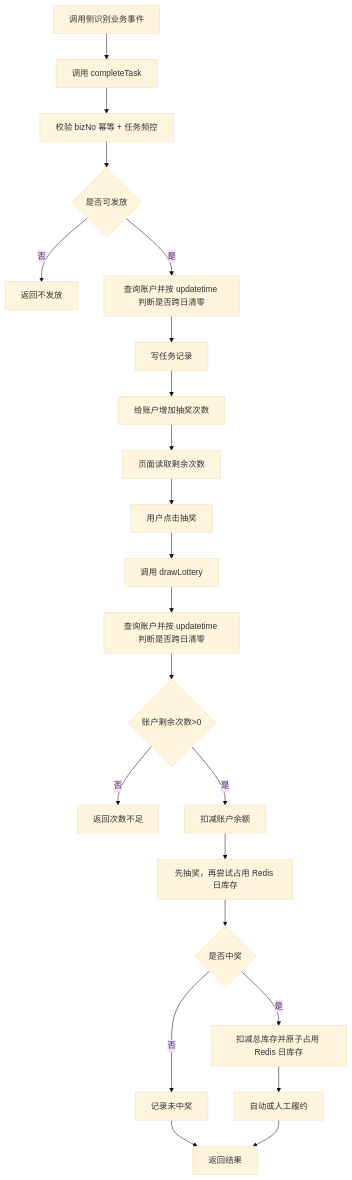
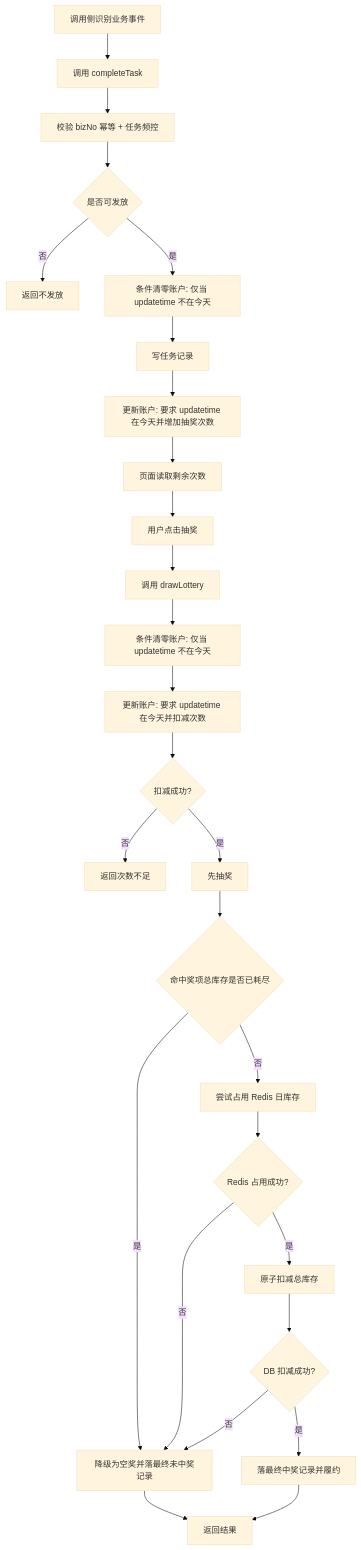
One commit to yikolemon/mgm-test changed the third of 4 diagrams in 世界杯技术文档.md. Above: the diagram before and after it, drawn with Mermaid (base theme). The commit also changed other lines of this file, not shown here.

````diff
--- a/世界杯技术文档.md
+++ b/世界杯技术文档.md
@@ -280,24 +288,29 @@
 ```mermaid
 flowchart TD
   A[调用侧识别业务事件] --> B[调用 completeTask]
   B --> C[校验 bizNo 幂等 + 任务频控]
   C --> D{是否可发放}
   D -- 否 --> E[返回不发放]
-  D -- 是 --> F[查询账户并按 updatetime 判断是否跨日清零]
+  D -- 是 --> F[条件清零账户: 仅当 updatetime 不在今天]
   F --> G[写任务记录]
-  G --> H[给账户增加抽奖次数]
+  G --> H[更新账户: 要求 updatetime 在今天并增加抽奖次数]
   H --> I[页面读取剩余次数]
   I --> J[用户点击抽奖]
   J --> K[调用 drawLottery]
-  K --> L[查询账户并按 updatetime 判断是否跨日清零]
-  L --> M{账户剩余次数>0}
-  M -- 否 --> N[返回次数不足]
-  M -- 是 --> O[扣减账户余额]
-  O --> P[先抽奖，再尝试占用 Redis 日库存]
-  P --> Q{是否中奖}
-  Q -- 否 --> R[记录未中奖]
-  Q -- 是 --> S[扣减总库存并原子占用 Redis 日库存]
-  S --> T[自动或人工履约]
-  R --> U[返回结果]
-  T --> U
+  K --> L[条件清零账户: 仅当 updatetime 不在今天]
+  L --> M[更新账户: 要求 updatetime 在今天并扣减次数]
+  M --> N{扣减成功?}
+  N -- 否 --> O[返回次数不足]
+  N -- 是 --> P[先抽奖]
+  P --> Q{命中奖项总库存是否已耗尽}
+  Q -- 是 --> R[降级为空奖并落最终未中奖记录]
+  Q -- 否 --> S[尝试占用 Redis 日库存]
+  S --> T{Redis 占用成功?}
+  T -- 否 --> R
+  T -- 是 --> U[原子扣减总库存]
+  U --> V{DB 扣减成功?}
+  V -- 否 --> R
+  V -- 是 --> W[落最终中奖记录并履约]
+  R --> X[返回结果]
+  W --> X
 ```
````
